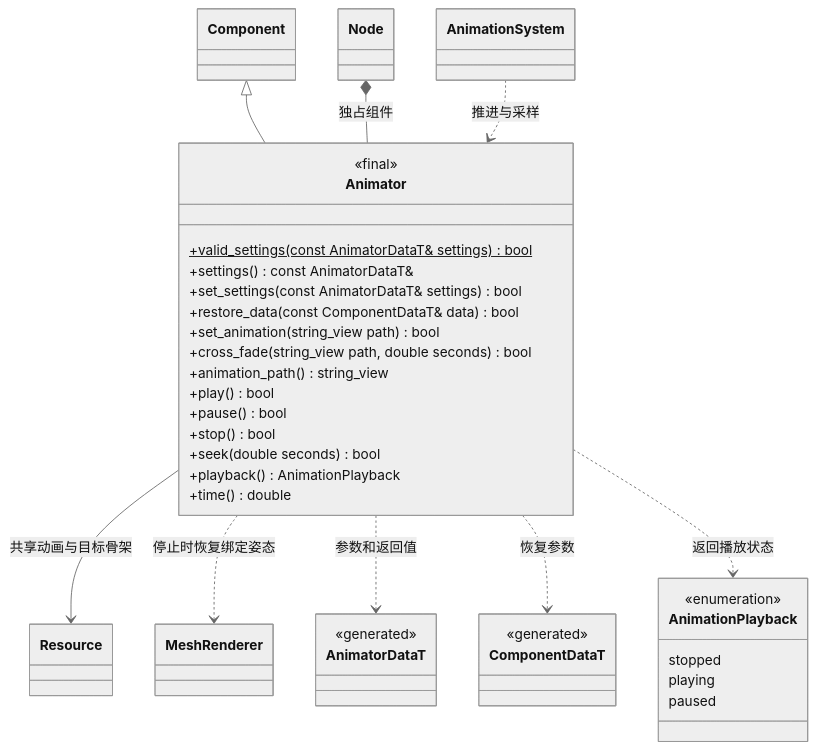
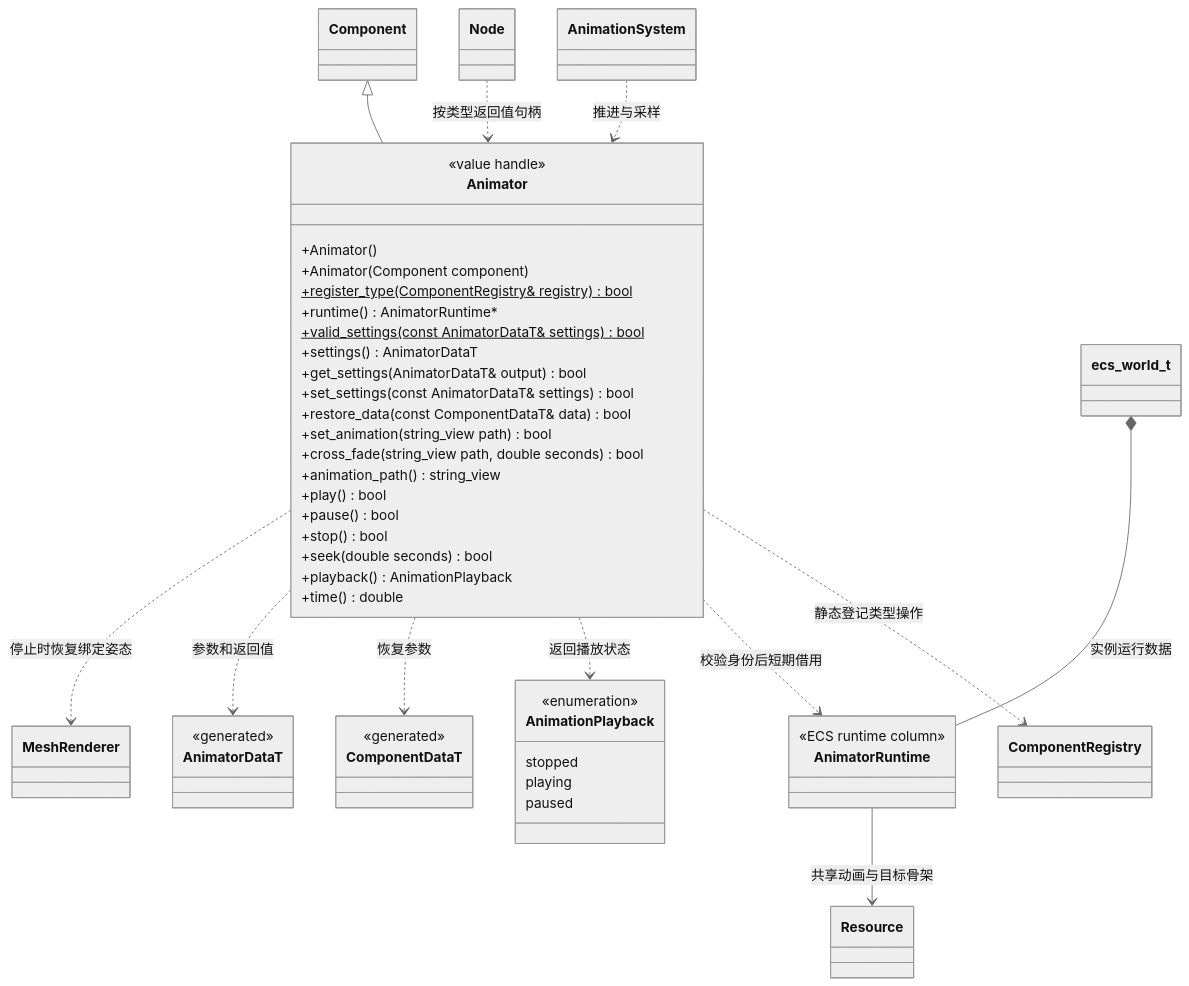
One commit to lcals/Engine changed the diagram in docs/runtime/class-diagrams/animator.md. Above: the diagram before and after it, drawn with Mermaid (neutral theme). The commit also changed other lines of this file and 291 other files, not shown here.

Commit message:
Migrate scene data to ECS and add rendering quality controls

````diff
--- a/docs/runtime/class-diagrams/animator.md
+++ b/docs/runtime/class-diagrams/animator.md
@@ -5,44 +5,59 @@
 ```mermaid
 classDiagram
     class Animator {
+        <<value handle>>
+        +Animator()
+        +Animator(Component component)
+        +register_type(ComponentRegistry& registry) bool$
+        +runtime() AnimatorRuntime#42;
         <<final>>
         +valid_settings(const AnimatorDataT& settings)$ bool
-        +settings() const AnimatorDataT&
+        +settings() AnimatorDataT
+        +get_settings(AnimatorDataT& output) bool
         +set_settings(const AnimatorDataT& settings) bool
         +restore_data(const ComponentDataT& data) bool
         +set_animation(string_view path) bool
         +cross_fade(string_view path, double seconds) bool
         +animation_path() string_view
         +play() bool
         +pause() bool
         +stop() bool
         +seek(double seconds) bool
         +playback() AnimationPlayback
         +time() double
     }
     class Component
     class Node
     class AnimationSystem
     class MeshRenderer
     class Resource
     class AnimatorDataT {
         <<generated>>
     }
     class ComponentDataT {
         <<generated>>
     }
     class AnimationPlayback {
         <<enumeration>>
         stopped
         playing
         paused
     }
     Component <|-- Animator
-    Node *-- Animator : 独占组件
-    Animator --> Resource : 共享动画与目标骨架
+    Node ..> Animator : 按类型返回值句柄
+    AnimatorRuntime --> Resource : 共享动画与目标骨架
     Animator ..> MeshRenderer : 停止时恢复绑定姿态
     Animator ..> AnimatorDataT : 参数和返回值
     Animator ..> ComponentDataT : 恢复参数
     Animator ..> AnimationPlayback : 返回播放状态
     AnimationSystem ..> Animator : 推进与采样
+    class ComponentRegistry
+    class ecs_world_t
+    class AnimatorRuntime {
+        <<ECS runtime column>>
+    }
+    ecs_world_t *-- AnimatorRuntime : 实例运行数据
+    Animator ..> AnimatorRuntime : 校验身份后短期借用
+    Animator ..> ComponentRegistry : 静态登记类型操作
+
 ```
````
